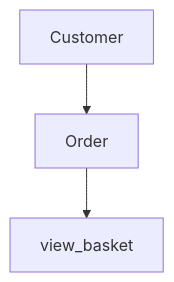
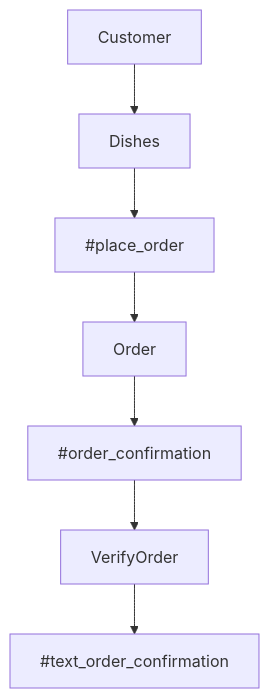
Before and after one commit to makersacademy/takeaway-challenge: the fourth of 4 diagrams in README.md, drawn with Mermaid. The commit also changed other lines of this file and 4 other files, not shown here.

Commit message:
Added third class VerifyOrder

````diff
--- a/README.md
+++ b/README.md
@@ -107,5 +117,9 @@
 ```mermaid
 graph TD
-    A[Customer] -->B[Order]
-    B[Order] --> C[view_basket]
+    A[Customer] -->B[Dishes]
+    B[Dishes] --> C[#place_order]
+    C[#place_order] --> D[Order]
+    D[Order] --> E[#order_confirmation]
+    E[#order_confirmation] --> F[VerifyOrder]
+    F[VerifyOrder] --> G[#text_order_confirmation]
 ```
````
